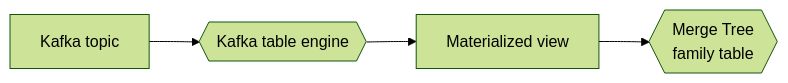
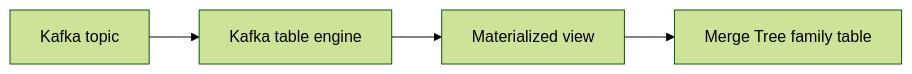
The diagram in docs/products/clickhouse/howto/materialized-views.md (aiven/aiven-docs), drawn with Mermaid (forest theme) before and after one commit.

Commit message:
update: fix ClickHouse materialized views diagram (#1911)

````diff
--- a/docs/products/clickhouse/howto/materialized-views.md
+++ b/docs/products/clickhouse/howto/materialized-views.md
@@ -26,8 +26,8 @@
 ```mermaid
 flowchart LR
   a[Kafka topic]
-  b{{Kafka table engine}}
+  b[Kafka table engine]
   c[Materialized view]
-  d{{Merge Tree<br /> family table}}
+  d[Merge Tree family table]
   a --> b --> c --> d
 ```
````
